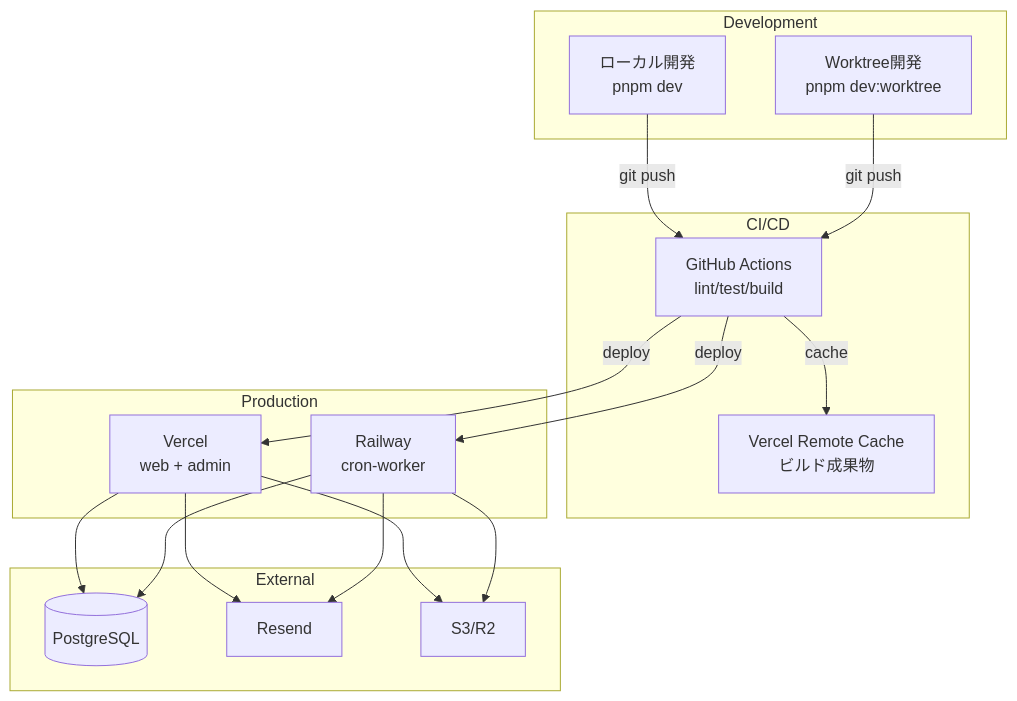
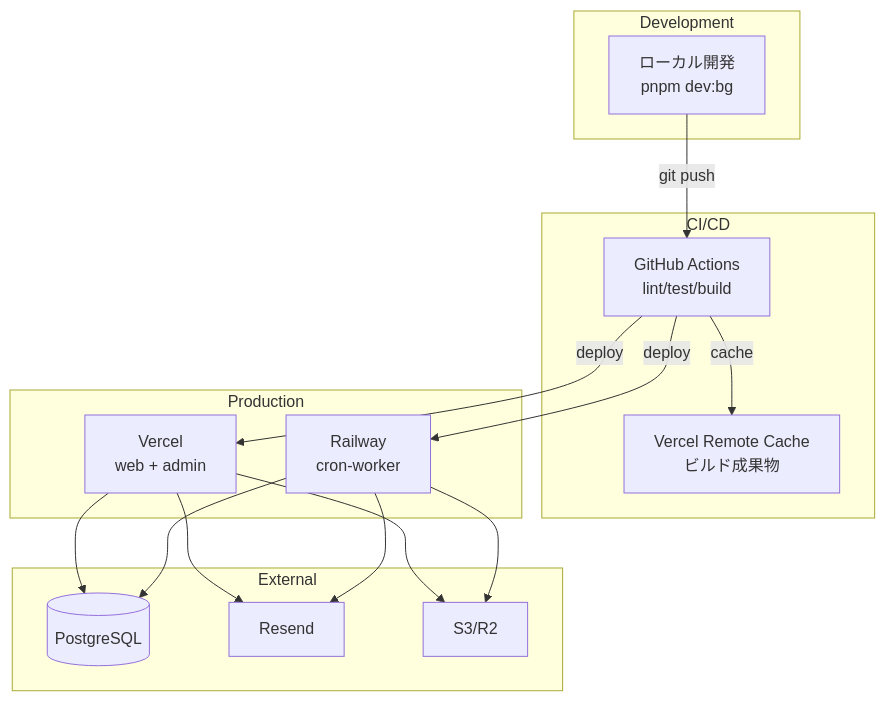
Before and after one commit to einja-inc/einja-management-template: the fourth of 5 diagrams in docs/steering/architecture.md, drawn with Mermaid. The commit also changed 45 other files, not shown here.

````diff
--- a/docs/steering/architecture.md
+++ b/docs/steering/architecture.md
@@ -354,36 +354,34 @@
 ```mermaid
 graph TB
     subgraph "Development"
-        DevLocal[ローカル開発<br/>pnpm dev]
-        DevWorktree[Worktree開発<br/>pnpm dev:worktree]
+        DevLocal[ローカル開発<br/>pnpm dev:bg]
     end
 
     subgraph "CI/CD"
         GitHubActions[GitHub Actions<br/>lint/test/build]
         VercelCache[Vercel Remote Cache<br/>ビルド成果物]
     end
 
     subgraph "Production"
         VercelProd[Vercel<br/>web + admin]
         RailwayProd[Railway<br/>cron-worker]
     end
 
     subgraph "External"
         PostgreSQL[(PostgreSQL)]
         Resend[Resend]
         S3[S3/R2]
     end
 
     DevLocal -->|git push| GitHubActions
-    DevWorktree -->|git push| GitHubActions
     GitHubActions -->|cache| VercelCache
     GitHubActions -->|deploy| VercelProd
     GitHubActions -->|deploy| RailwayProd
 
     VercelProd --> PostgreSQL
     RailwayProd --> PostgreSQL
     VercelProd --> Resend
     RailwayProd --> Resend
     VercelProd --> S3
     RailwayProd --> S3
 ```
````
